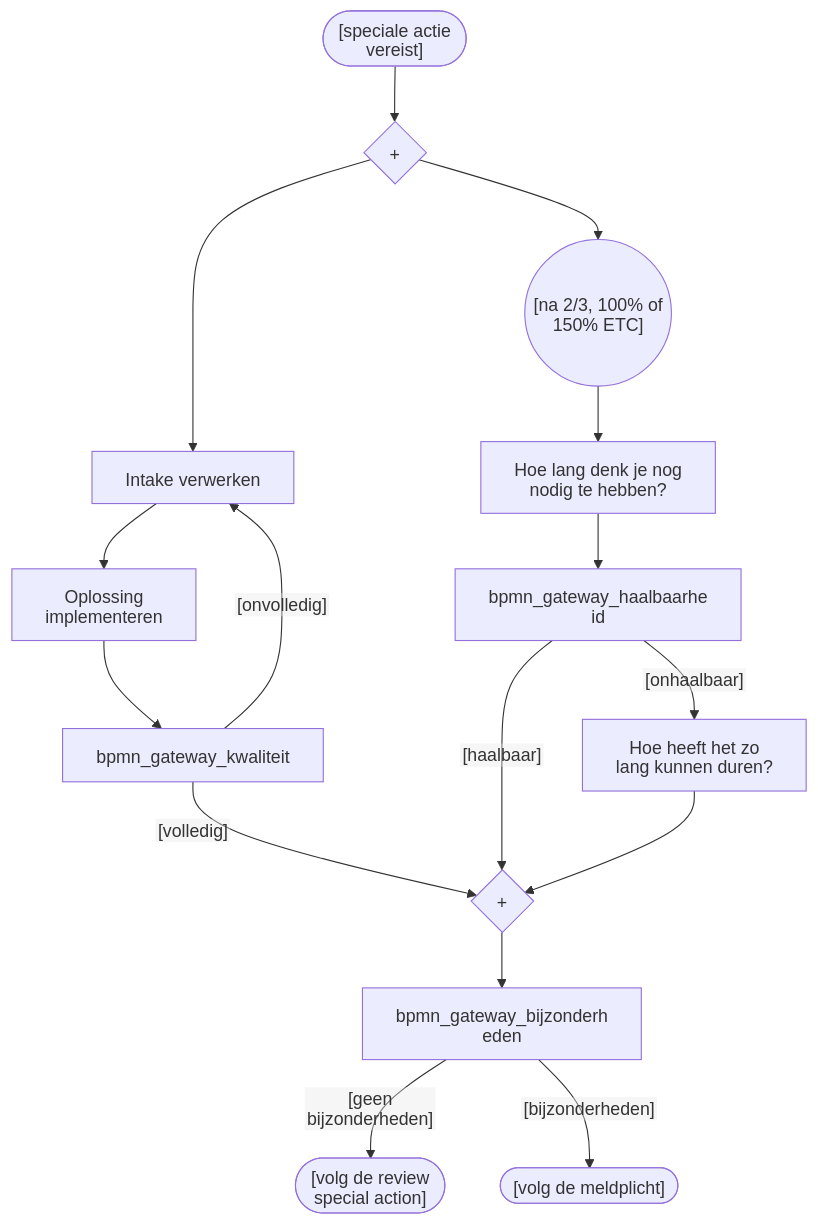
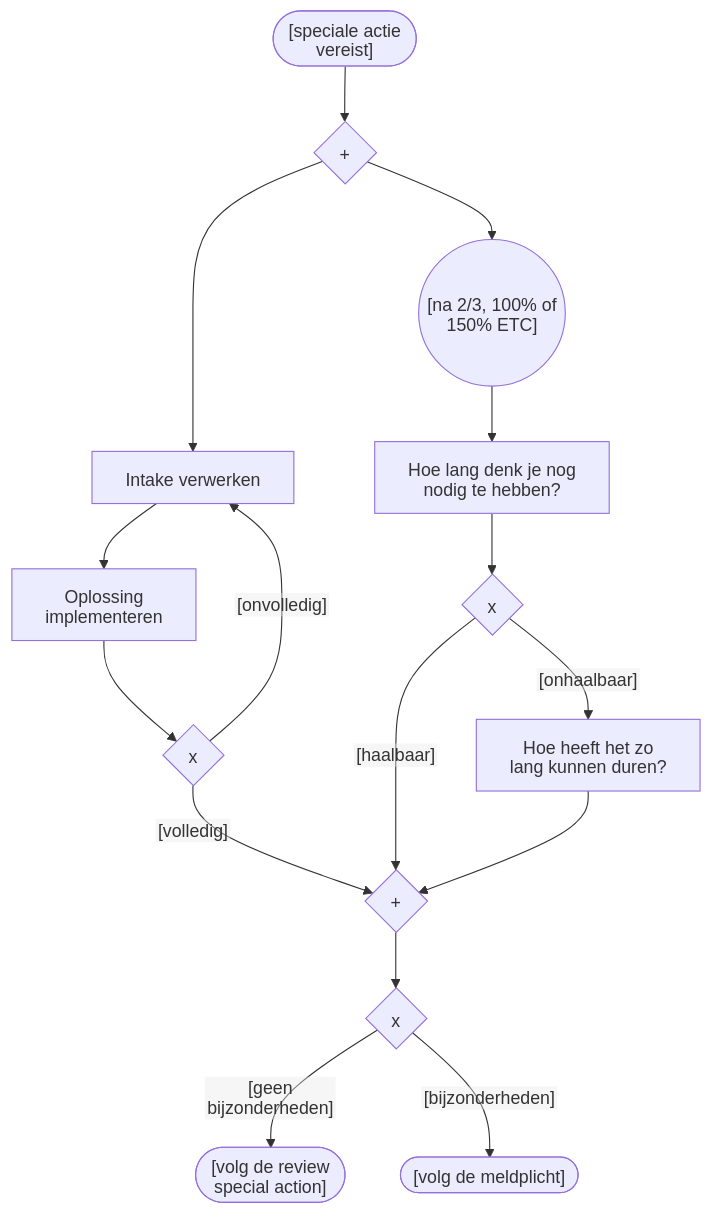
The diagram in 11 Issue Tracker special action.mermaid (Zaibatsu89/IssueTracker), drawn with Mermaid before and after one commit. The commit also changed 7 other files, not shown here.

```diff
--- a/11 Issue Tracker special action.mermaid
+++ b/11 Issue Tracker special action.mermaid
@@ -1,27 +1,30 @@
 %%{init: {"htmlLabels": false, "theme": "default", "themeVariables": {"fontFamily": "sans-serif"}, "flowchart": {"htmlLabels": false}}}%%
 flowchart TD
     bpmn_start_event(["[speciale actie\nvereist]"])
     bpmn_gateway_fork{"+"}
     bpmn_task_intake["Intake verwerken"]
     bpmn_task_oplossing["Oplossing\nimplementeren"]
     bpmn_event_etc(("[na 2/3, 100% of\n150% ETC]"))
     bpmn_task_inschatting["Hoe lang denk je nog\nnodig te hebben?"]
     bpmn_task_verantwoording["Hoe heeft het zo\nlang kunnen duren?"]
     bpmn_gateway_join{"+"}
+    bpmn_gateway_kwaliteit{"x"}
+    bpmn_gateway_haalbaarheid{"x"}
+    bpmn_gateway_bijzonderheden{"x"}
     bpmn_end_regulier(["[volg de review\nspecial action]"])
     bpmn_end_bijzonderheden(["[volg de meldplicht]"])
     bpmn_gateway_kwaliteit -->|"[onvolledig]"| bpmn_task_intake
     bpmn_gateway_kwaliteit -->|"[volledig]"| bpmn_gateway_join
     bpmn_gateway_haalbaarheid -->|"[haalbaar]"| bpmn_gateway_join
     bpmn_gateway_haalbaarheid -->|"[onhaalbaar]"| bpmn_task_verantwoording
     bpmn_gateway_bijzonderheden -->|"[geen\nbijzonderheden]"| bpmn_end_regulier
     bpmn_gateway_bijzonderheden -->|"[bijzonderheden]"| bpmn_end_bijzonderheden
     bpmn_start_event --> bpmn_gateway_fork
     bpmn_gateway_fork --> bpmn_task_intake
     bpmn_gateway_fork --> bpmn_event_etc
     bpmn_task_intake --> bpmn_task_oplossing
     bpmn_task_oplossing --> bpmn_gateway_kwaliteit
     bpmn_event_etc --> bpmn_task_inschatting
     bpmn_task_inschatting --> bpmn_gateway_haalbaarheid
     bpmn_task_verantwoording --> bpmn_gateway_join
     bpmn_gateway_join --> bpmn_gateway_bijzonderheden
```
